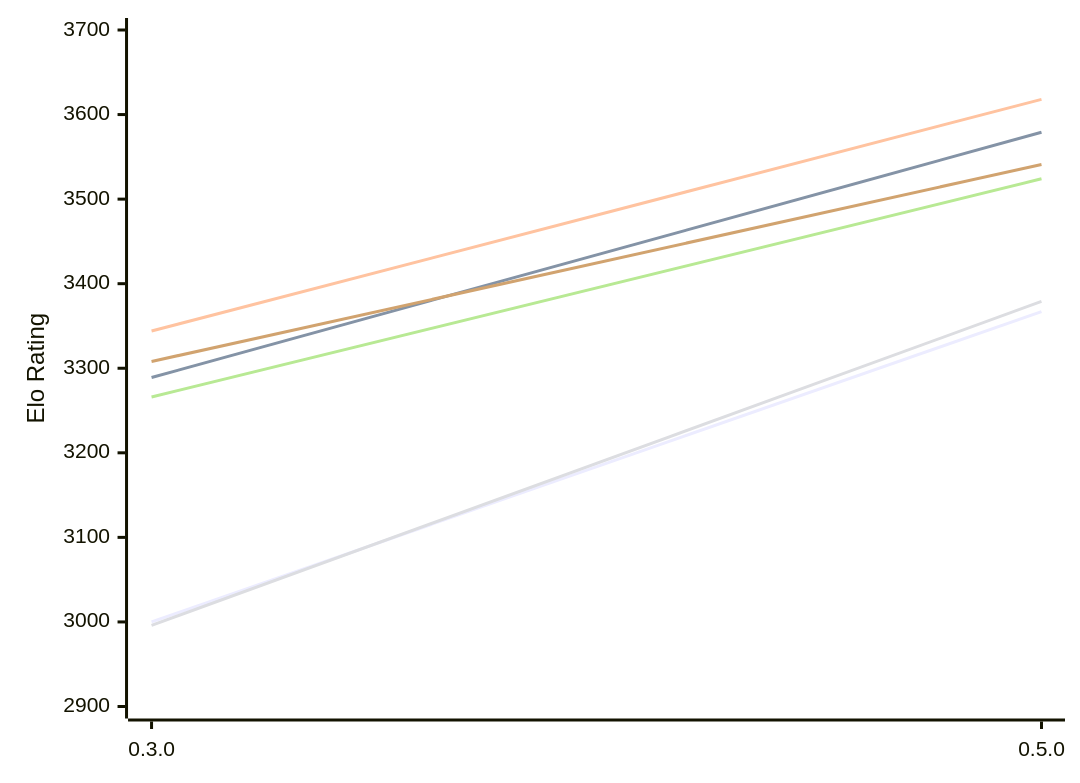
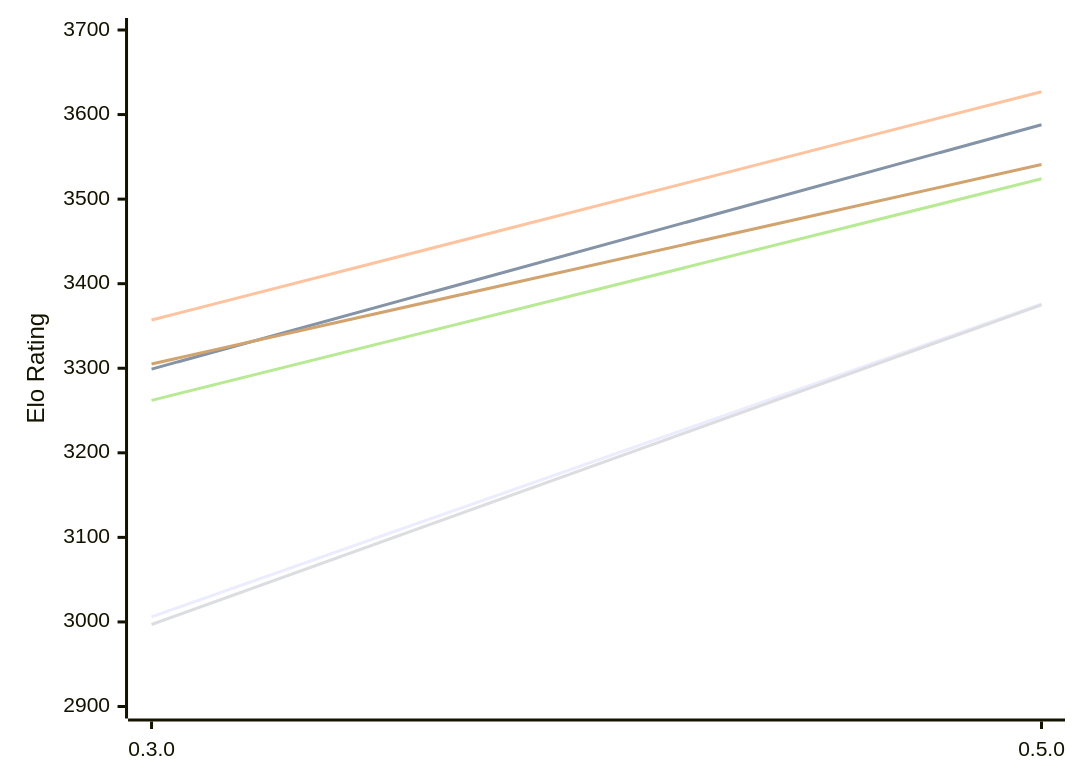
One commit to computer-chess-index/cci changed the first of 2 diagrams in engines/Justbot.md. Above: the diagram before and after it, drawn with Mermaid. The commit also changed other lines of this file, not shown here.

Commit message:
Update CCI Ratings (ELO VLTC) - 2026-11-16

````diff
--- a/engines/Justbot.md
+++ b/engines/Justbot.md
@@ -53,12 +53,12 @@
 ```mermaid
 %%{init: {"theme":"base","themeVariables":{"seriesColors:['#a3a3a3','#222221','#faa371']}}}%%
 xychart-beta
   x-axis ["0.3.0", "0.5.0"]
   y-axis "Elo Rating" 2900 --> 3700
-  line "E1: STC (8.0+0.08s)" [3000, 3367]
-  line "E1: LTC (60.0+0.60s)" [3289, 3579]
-  line "E1: VLTC (2m24s+1.12s)" [3344, 3618]
-  line "P1: STC (8.0+0.08s)" [2996, 3379]
-  line "P1: LTC (60.0+0.60s)" [3266, 3524]
-  line "P1: VLTC (2m24s+1.12s)" [3308, 3541]
+  line "E1: STC (8.0+0.08s)" [3006, 3376]
+  line "E1: LTC (60.0+0.60s)" [3299, 3588]
+  line "E1: VLTC (2m24s+1.12s)" [3357, 3627]
+  line "P1: STC (8.0+0.08s)" [2997, 3375]
+  line "P1: LTC (60.0+0.60s)" [3262, 3524]
+  line "P1: VLTC (2m24s+1.12s)" [3305, 3541]
 ```
````
